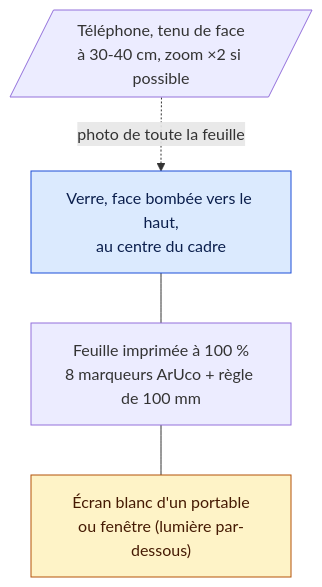
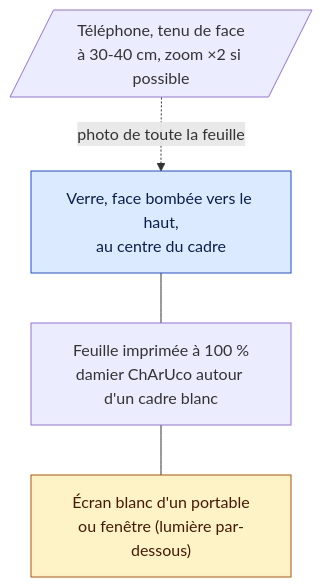
Before and after one commit to CodeMLYummy/optiframe: the diagram in docs/capture.md, drawn with Mermaid. The commit also changed other lines of this file and 12 other files, not shown here.

First line of the commit message:
feat: measure on the printed ChArUco sheet

````diff
--- a/docs/capture.md
+++ b/docs/capture.md
@@ -3,14 +3,14 @@
 ```mermaid
 flowchart TB
     PH[/"Téléphone, tenu de face<br/>à 30-40 cm, zoom ×2 si possible"/]
     LENS["Verre, face bombée vers le haut,<br/>au centre du cadre"]
-    SHEET["Feuille imprimée à 100 %<br/>8 marqueurs ArUco + règle de 100 mm"]
+    SHEET["Feuille imprimée à 100 %<br/>damier ChArUco autour d'un cadre blanc"]
     LIGHT["Écran blanc d'un portable<br/>ou fenêtre (lumière par-dessous)"]
     PH -. "photo de toute la feuille" .-> LENS
     LENS --- SHEET --- LIGHT
 
     classDef lens fill:#dbeafe,stroke:#1d4ed8,color:#0b1f4d
     classDef light fill:#fef3c7,stroke:#b45309,color:#451a03
     class LENS lens
     class LIGHT light
 ```
````
